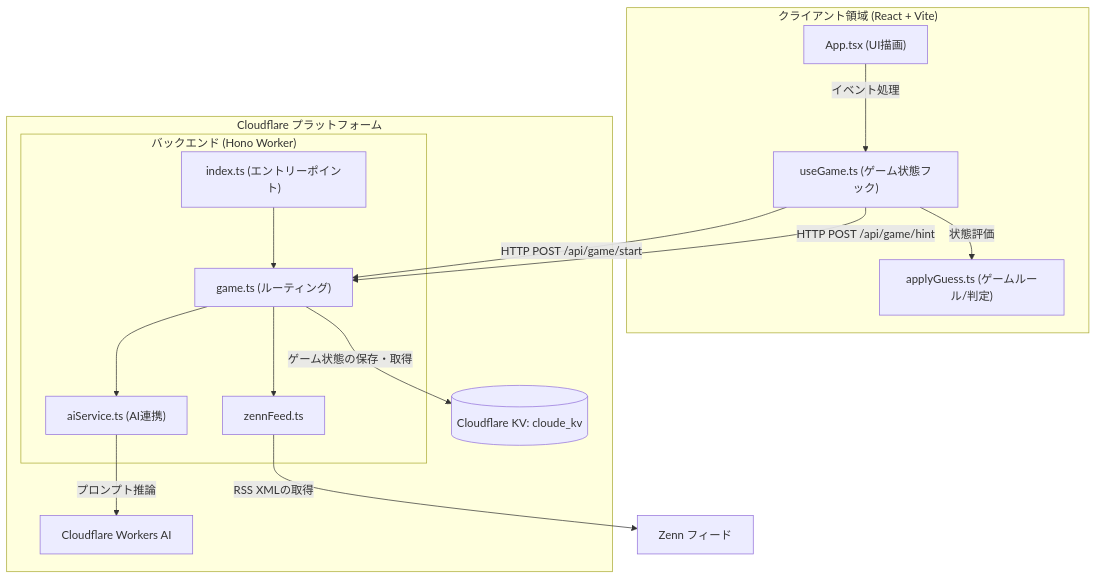
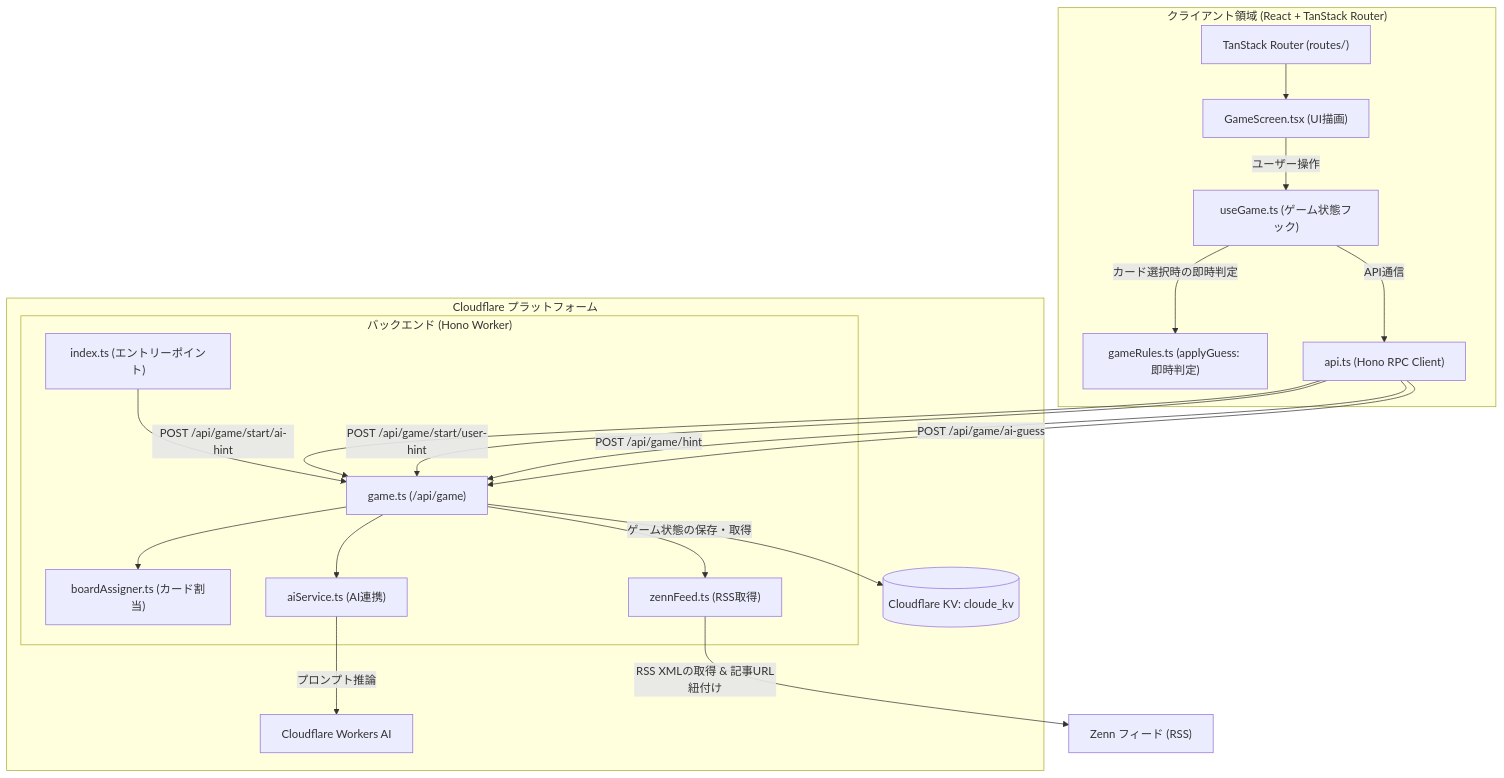
One commit to Eztas/cloude changed the first of 4 diagrams in docs/architecture.md. Above: the diagram before and after it, drawn with Mermaid. The commit also changed other lines of this file, not shown here.

````diff
--- a/docs/architecture.md
+++ b/docs/architecture.md
@@ -45,34 +58,44 @@
 ```mermaid
 graph TD
-    subgraph Client ["クライアント領域 (React + Vite)"]
-        App["App.tsx (UI描画)"]
+    subgraph Client ["クライアント領域 (React + TanStack Router)"]
+        Router["TanStack Router (routes/)"]
+        GameScreen["GameScreen.tsx (UI描画)"]
         useGame["useGame.ts (ゲーム状態フック)"]
-        applyGuess["applyGuess.ts (ゲームルール/判定)"]
-        App -->|イベント処理| useGame
-        useGame -->|状態評価| applyGuess
+        applyGuess["gameRules.ts (applyGuess: 即時判定)"]
+        apiClient["api.ts (Hono RPC Client)"]
+
+        Router --> GameScreen
+        GameScreen -->|ユーザー操作| useGame
+        useGame -->|カード選択時の即時判定| applyGuess
+        useGame -->|API通信| apiClient
     end
 
     subgraph Cloudflare ["Cloudflare プラットフォーム"]
         subgraph Worker ["バックエンド (Hono Worker)"]
             index["index.ts (エントリーポイント)"]
-            gameRouter["game.ts (ルーティング)"]
+            gameRouter["game.ts (/api/game)"]
+            boardAssigner["boardAssigner.ts (カード割当)"]
             aiService["aiService.ts (AI連携)"]
-            zennFeed["zennFeed.ts"]
+            zennFeed["zennFeed.ts (RSS取得)"]
+
             index --> gameRouter
+            gameRouter --> boardAssigner
             gameRouter --> aiService
             gameRouter --> zennFeed
         end
         
         KV[("Cloudflare KV: cloude_kv")]
         WorkersAI["Cloudflare Workers AI"]
     end
 
-    ExternalFeed["Zenn フィード"]
+    ExternalFeed["Zenn フィード (RSS)"]
 
     %% 通信経路
-    useGame -->|HTTP POST /api/game/start| gameRouter
-    useGame -->|HTTP POST /api/game/hint| gameRouter
+    apiClient -->|POST /api/game/start/ai-hint| gameRouter
+    apiClient -->|POST /api/game/start/user-hint| gameRouter
+    apiClient -->|POST /api/game/hint| gameRouter
+    apiClient -->|POST /api/game/ai-guess| gameRouter
     gameRouter -->|ゲーム状態の保存・取得| KV
-    zennFeed -->|RSS XMLの取得| ExternalFeed
+    zennFeed -->|RSS XMLの取得 & 記事URL紐付け| ExternalFeed
     aiService -->|プロンプト推論| WorkersAI
 ```
````
